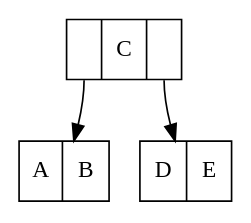
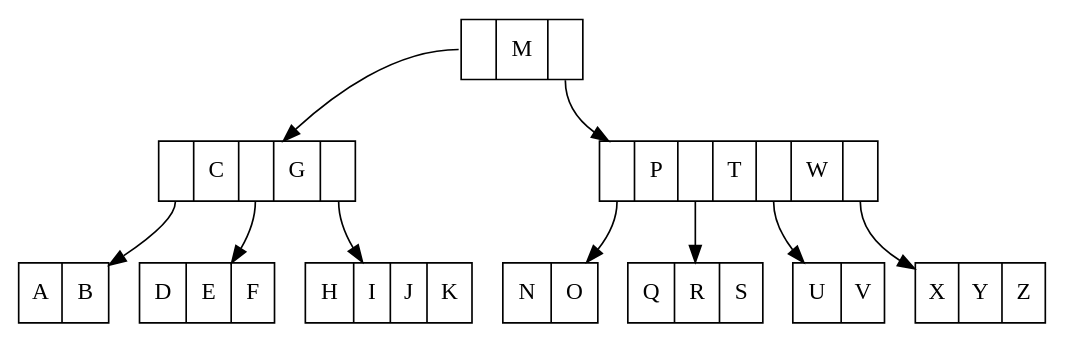
The diagram in algo/datastruct/tree/B-tree/img/foo.dot (liuxinyu95/AlgoXY), drawn with Graphviz before and after one commit. The commit also changed 1 other file, not shown here.

```diff
--- a/algo/datastruct/tree/B-tree/img/foo.dot
+++ b/algo/datastruct/tree/B-tree/img/foo.dot
@@ -1,8 +1,22 @@
 digraph G{
 	node[shape=record]
-	tC[label="<c0>|C|<c1>"];
-	tAB[label="A|B"];
-	tC:c0->tAB;
-	tDE[label="D|E"];
-	tC:c1->tDE;
+	tM[label="<C0>|M|<C1>"];
+	tMCG[label="<C0>|C|<C1>|G|<C2>"];
+	tMCGAB[label="A|B"];
+	tMCGDEF[label="D|E|F"];
+	tMCGHIJK[label="H|I|J|K"];
+	tMCG:C0->tMCGAB;
+	tMCG:C1->tMCGDEF;
+	tMCG:C2->tMCGHIJK;
+	tMPTW[label="<C0>|P|<C1>|T|<C2>|W|<C3>"];
+	tMPTWNO[label="N|O"];
+	tMPTWQRS[label="Q|R|S"];
+	tMPTWUV[label="U|V"];
+	tMPTWXYZ[label="X|Y|Z"];
+	tMPTW:C0->tMPTWNO;
+	tMPTW:C1->tMPTWQRS;
+	tMPTW:C2->tMPTWUV;
+	tMPTW:C3->tMPTWXYZ;
+	tM:C0->tMCG;
+	tM:C1->tMPTW;
 }
```
